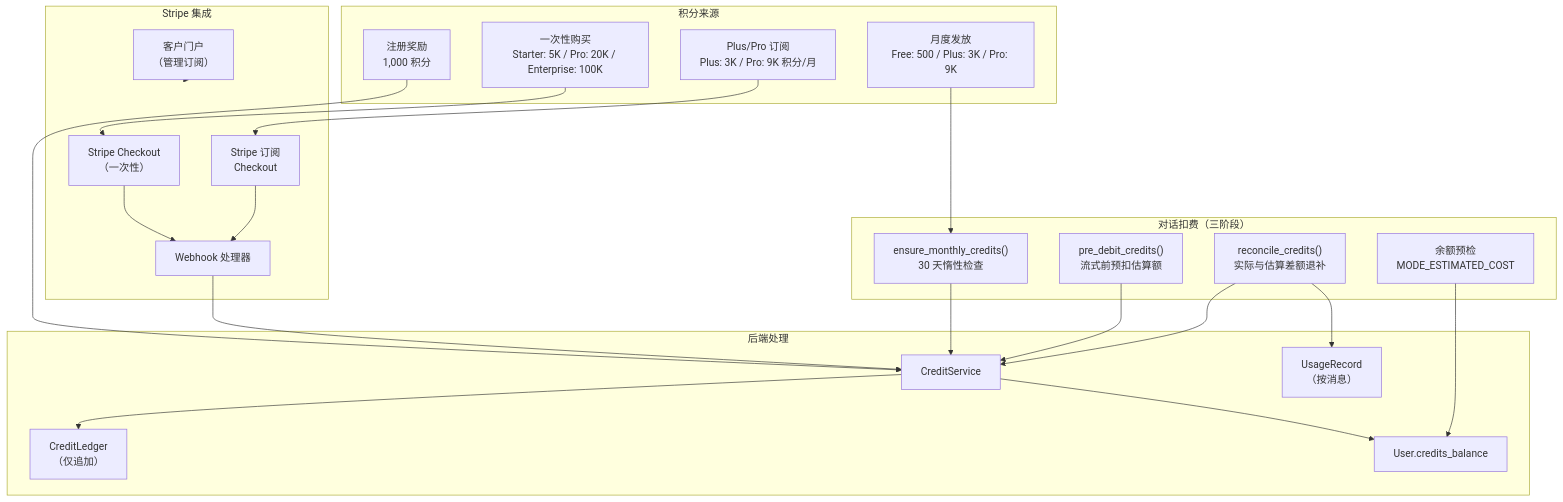
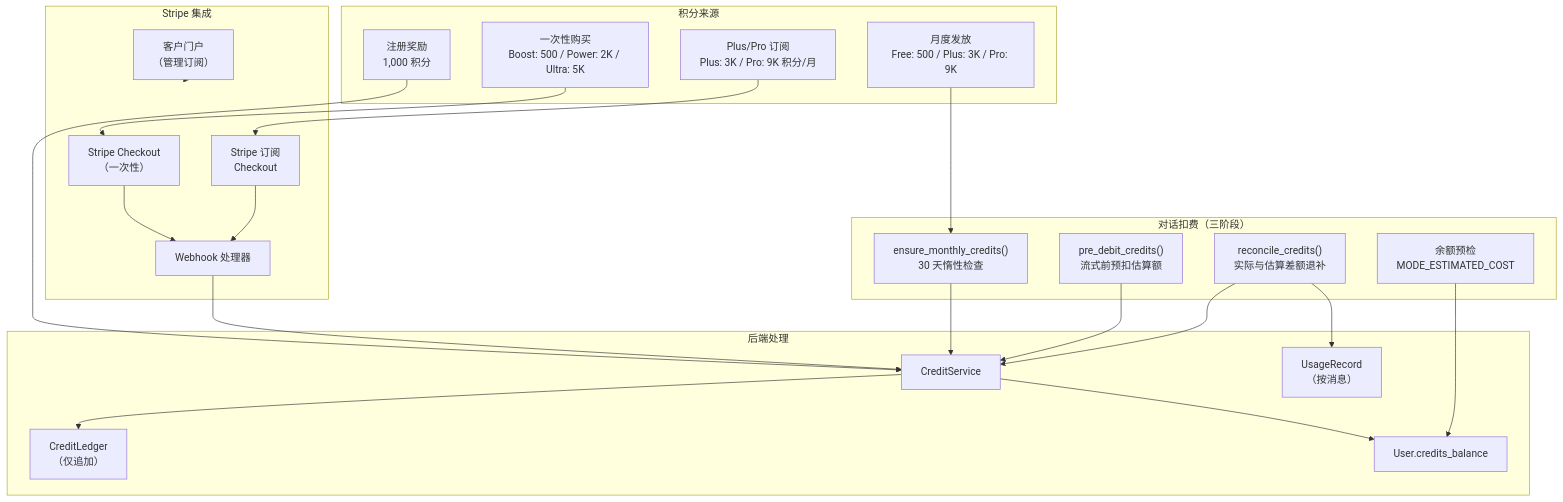
Before and after one commit to Rswcf/DocTalk: the fifth of 8 diagrams in docs/ARCHITECTURE.zh.md, drawn with Mermaid. The commit also changed 19 other files, not shown here.

````diff
--- a/docs/ARCHITECTURE.zh.md
+++ b/docs/ARCHITECTURE.zh.md
@@ -257,45 +257,45 @@
 ```mermaid
 flowchart TB
     subgraph Sources["积分来源"]
         Signup["注册奖励<br/>1,000 积分"]
         Monthly["月度发放<br/>Free: 500 / Plus: 3K / Pro: 9K"]
-        Purchase["一次性购买<br/>Starter: 5K / Pro: 20K / Enterprise: 100K"]
+        Purchase["一次性购买<br/>Boost: 500 / Power: 2K / Ultra: 5K"]
         Subscription["Plus/Pro 订阅<br/>Plus: 3K / Pro: 9K 积分/月"]
     end
 
     subgraph Stripe["Stripe 集成"]
         Checkout["Stripe Checkout<br/>（一次性）"]
         SubCheckout["Stripe 订阅<br/>Checkout"]
         Portal["客户门户<br/>（管理订阅）"]
         Webhook["Webhook 处理器"]
     end
 
     subgraph Backend["后端处理"]
         CreditService["CreditService"]
         Ledger["CreditLedger<br/>（仅追加）"]
         Balance["User.credits_balance"]
         UsageRecord["UsageRecord<br/>（按消息）"]
     end
 
     subgraph Chat["对话扣费（三阶段）"]
         EnsureMonthly["ensure_monthly_credits()<br/>30 天惰性检查"]
         PreCheck["余额预检<br/>MODE_ESTIMATED_COST"]
         PreDebit["pre_debit_credits()<br/>流式前预扣估算额"]
         Reconcile["reconcile_credits()<br/>实际与估算差额退补"]
     end
 
     Signup --> CreditService
     Monthly --> EnsureMonthly
     Purchase --> Checkout --> Webhook --> CreditService
     Subscription --> SubCheckout --> Webhook
     Portal --> Stripe
 
     CreditService --> Ledger
     CreditService --> Balance
 
     EnsureMonthly --> CreditService
     PreCheck --> Balance
     PreDebit --> CreditService
     Reconcile --> CreditService
     Reconcile --> UsageRecord
 ```
````
